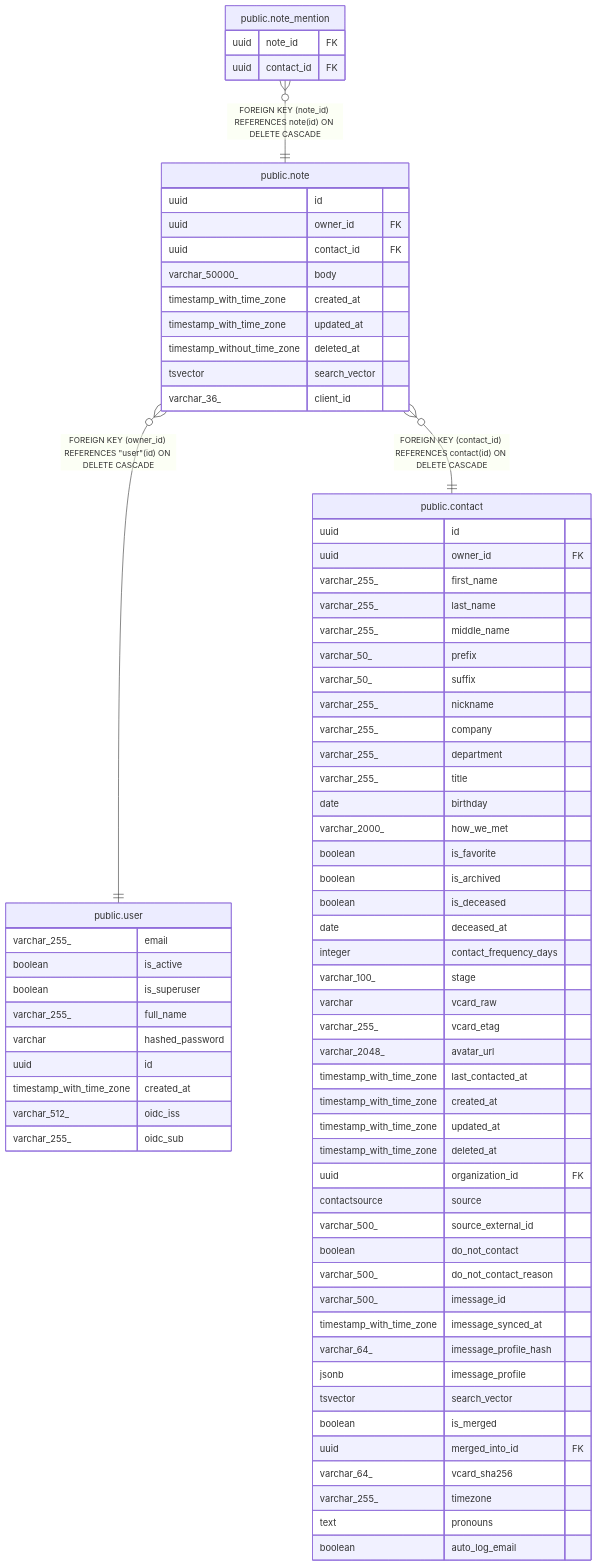
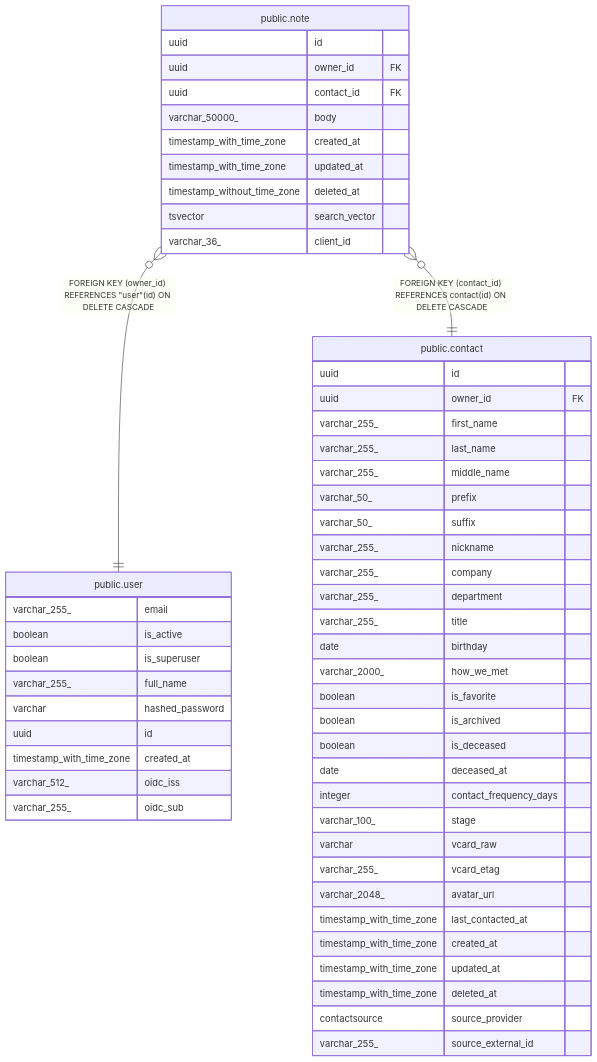
The diagram in docs/db/public.note.md (pike00/Kindred), drawn with Mermaid before and after one commit. The commit also changed other lines of this file and 30 other files, not shown here.

````diff
--- a/docs/db/public.note.md
+++ b/docs/db/public.note.md
@@ -55,78 +55,59 @@
 ```mermaid
 erDiagram
 
-"public.note_mention" }o--|| "public.note" : "FOREIGN KEY (note_id) REFERENCES note(id) ON DELETE CASCADE"
 "public.note" }o--|| "public.user" : "FOREIGN KEY (owner_id) REFERENCES #quot;user#quot;(id) ON DELETE CASCADE"
 "public.note" }o--|| "public.contact" : "FOREIGN KEY (contact_id) REFERENCES contact(id) ON DELETE CASCADE"
 
 "public.note" {
   uuid id
   uuid owner_id FK
   uuid contact_id FK
   varchar_50000_ body
   timestamp_with_time_zone created_at
   timestamp_with_time_zone updated_at
   timestamp_without_time_zone deleted_at
   tsvector search_vector
   varchar_36_ client_id
-}
-"public.note_mention" {
-  uuid note_id FK
-  uuid contact_id FK
 }
 "public.user" {
   varchar_255_ email
   boolean is_active
   boolean is_superuser
   varchar_255_ full_name
   varchar hashed_password
   uuid id
   timestamp_with_time_zone created_at
   varchar_512_ oidc_iss
   varchar_255_ oidc_sub
 }
 "public.contact" {
   uuid id
   uuid owner_id FK
   varchar_255_ first_name
   varchar_255_ last_name
   varchar_255_ middle_name
   varchar_50_ prefix
   varchar_50_ suffix
   varchar_255_ nickname
   varchar_255_ company
   varchar_255_ department
   varchar_255_ title
   date birthday
   varchar_2000_ how_we_met
   boolean is_favorite
   boolean is_archived
   boolean is_deceased
   date deceased_at
   integer contact_frequency_days
   varchar_100_ stage
   varchar vcard_raw
   varchar_255_ vcard_etag
   varchar_2048_ avatar_url
   timestamp_with_time_zone last_contacted_at
   timestamp_with_time_zone created_at
   timestamp_with_time_zone updated_at
   timestamp_with_time_zone deleted_at
-  uuid organization_id FK
-  contactsource source
-  varchar_500_ source_external_id
-  boolean do_not_contact
-  varchar_500_ do_not_contact_reason
-  varchar_500_ imessage_id
-  timestamp_with_time_zone imessage_synced_at
-  varchar_64_ imessage_profile_hash
-  jsonb imessage_profile
-  tsvector search_vector
-  boolean is_merged
-  uuid merged_into_id FK
-  varchar_64_ vcard_sha256
-  varchar_255_ timezone
-  text pronouns
-  boolean auto_log_email
+  contactsource source_provider
+  varchar_255_ source_external_id
 }
 ```
````
